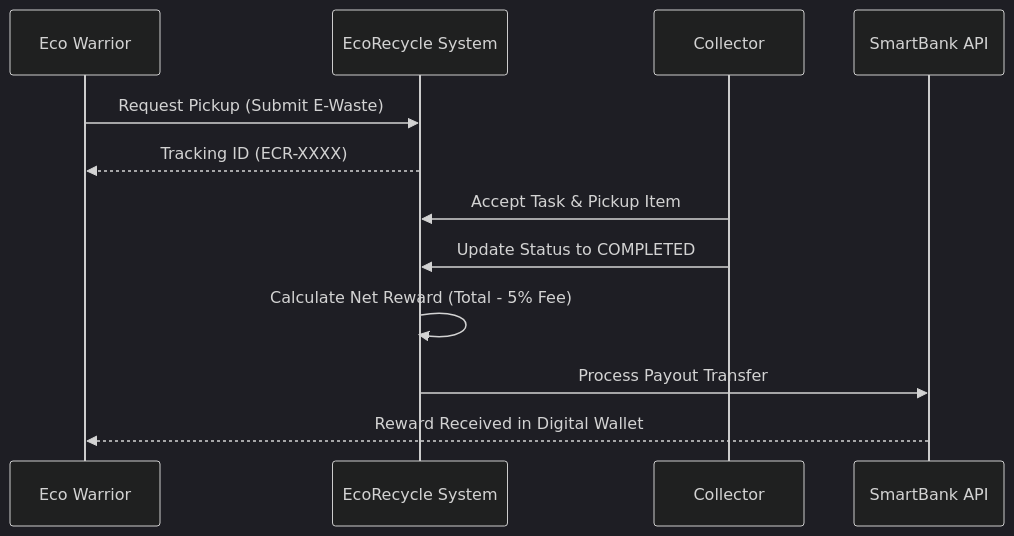
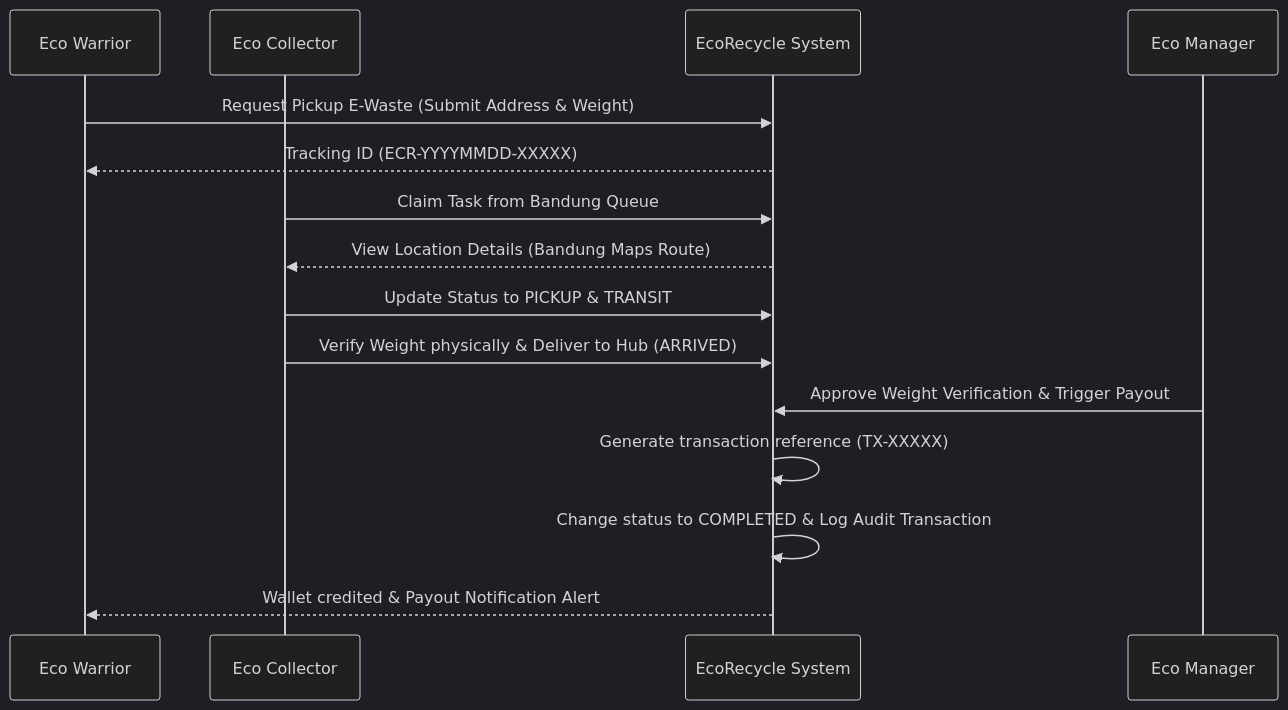
One commit to azitriyadi/tubes changed the diagram in README.md. Above: the diagram before and after it, drawn with Mermaid (dark theme). The commit also changed other lines of this file and 24 other files, not shown here.

````diff
--- a/README.md
+++ b/README.md
@@ -163,17 +147,18 @@
 ```mermaid
 sequenceDiagram
     participant User as Eco Warrior
-    participant System as EcoRecycle System
-    participant Coll as Collector
-    participant Bank as SmartBank API
+    participant Coll as Eco Collector
+    participant Sys as EcoRecycle System
+    participant Admin as Eco Manager
 
-    User->>System: Request Pickup (Submit E-Waste)
-    System-->>User: Tracking ID (ECR-XXXX)
-    
-    Coll->>System: Accept Task & Pickup Item
-    Coll->>System: Update Status to COMPLETED
-    
-    System->>System: Calculate Net Reward (Total - 5% Fee)
-    System->>Bank: Process Payout Transfer
-    Bank-->>User: Reward Received in Digital Wallet
+    User->>Sys: Request Pickup E-Waste (Submit Address & Weight)
+    Sys-->>User: Tracking ID (ECR-YYYYMMDD-XXXXX)
+    Coll->>Sys: Claim Task from Bandung Queue
+    Sys-->>Coll: View Location Details (Bandung Maps Route)
+    Coll->>Sys: Update Status to PICKUP & TRANSIT
+    Coll->>Sys: Verify Weight physically & Deliver to Hub (ARRIVED)
+    Admin->>Sys: Approve Weight Verification & Trigger Payout
+    Sys->>Sys: Generate transaction reference (TX-XXXXX)
+    Sys->>Sys: Change status to COMPLETED & Log Audit Transaction
+    Sys-->>User: Wallet credited & Payout Notification Alert
 ```
````
